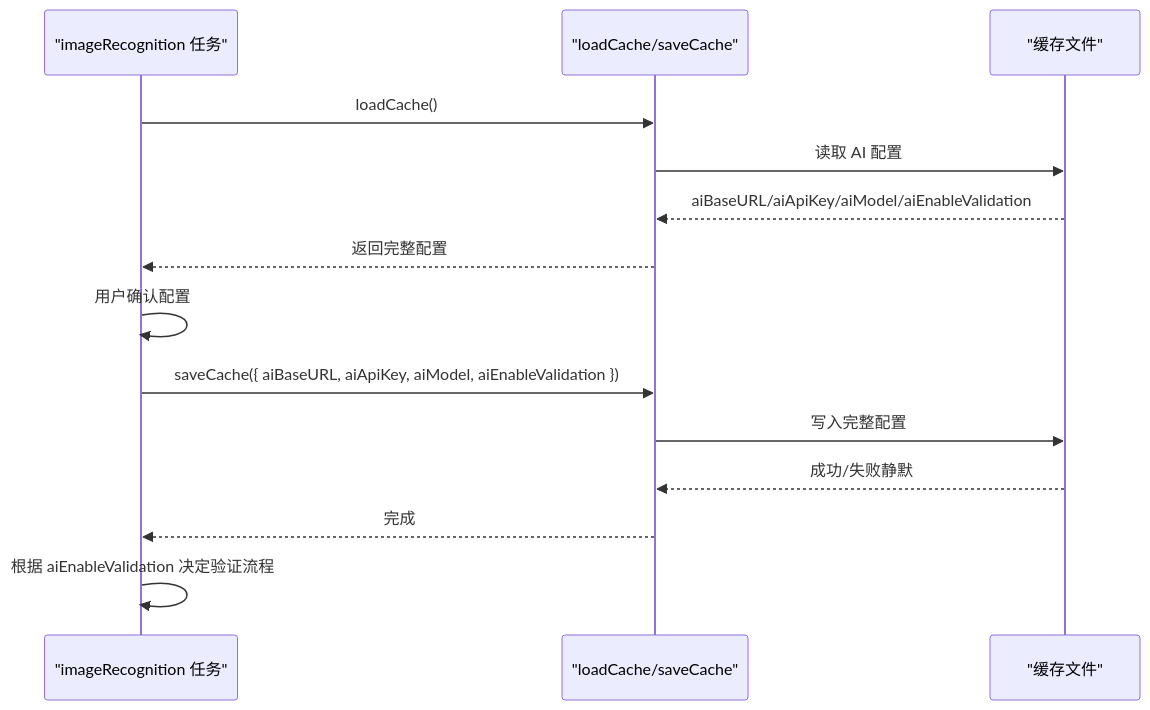
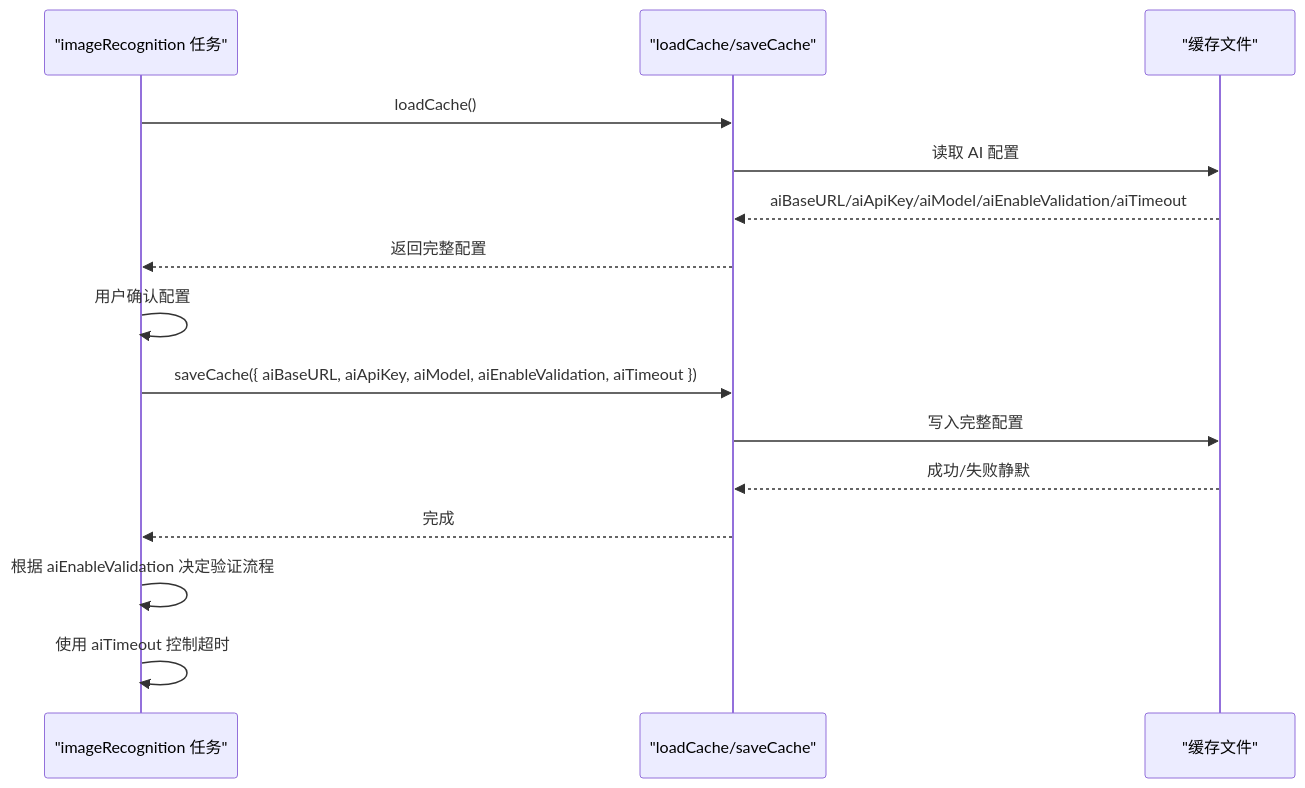
Before and after one commit to hllshiro/doc2md-cli: the fifth of 6 diagrams in .qoder/repowiki/zh/content/工具函数模块.md, drawn with Mermaid. The commit also changed other lines of this file and 4 other files, not shown here.

First line of the commit message:
feat(utils): 新增AI图片识别超时配置和控制功能

````diff
--- a/.qoder/repowiki/zh/content/工具函数模块.md
+++ b/.qoder/repowiki/zh/content/工具函数模块.md
@@ -249,16 +300,17 @@
 ```mermaid
 sequenceDiagram
 participant Task as "imageRecognition 任务"
 participant Utils as "loadCache/saveCache"
 participant Cache as "缓存文件"
 Task->>Utils : loadCache()
 Utils->>Cache : 读取 AI 配置
-Cache-->>Utils : aiBaseURL/aiApiKey/aiModel/aiEnableValidation
+Cache-->>Utils : aiBaseURL/aiApiKey/aiModel/aiEnableValidation/aiTimeout
 Utils-->>Task : 返回完整配置
 Task->>Task : 用户确认配置
-Task->>Utils : saveCache({ aiBaseURL, aiApiKey, aiModel, aiEnableValidation })
+Task->>Utils : saveCache({ aiBaseURL, aiApiKey, aiModel, aiEnableValidation, aiTimeout })
 Utils->>Cache : 写入完整配置
 Cache-->>Utils : 成功/失败静默
 Utils-->>Task : 完成
 Task->>Task : 根据 aiEnableValidation 决定验证流程
+Task->>Task : 使用 aiTimeout 控制超时
 ```
````
